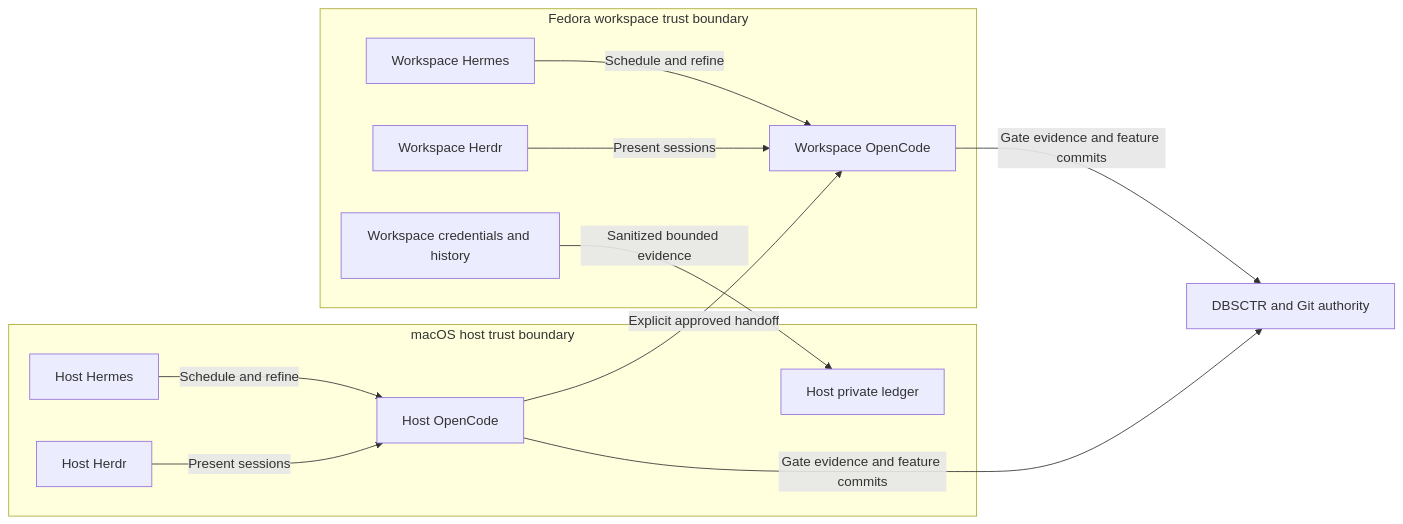
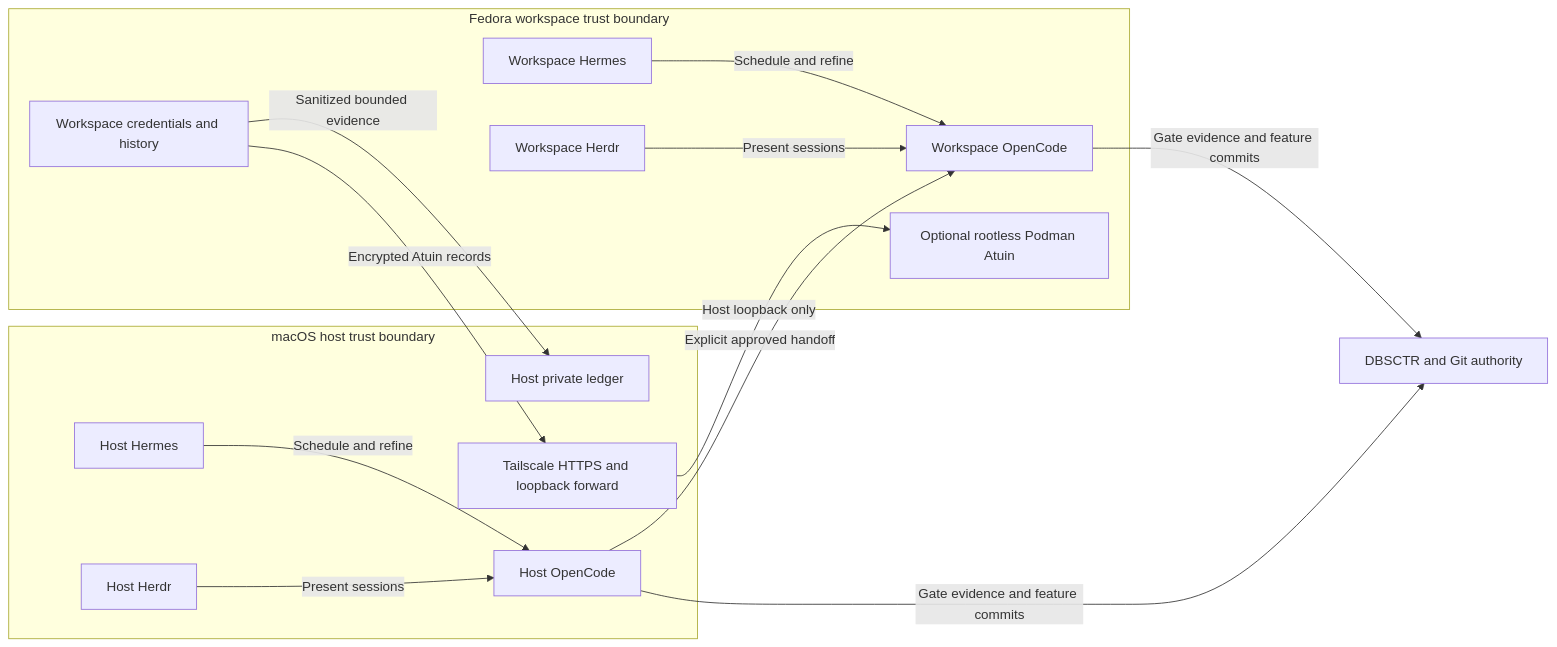
The first of 2 diagrams in docs/specs/dotfiles_ai_distribution/README.md (Saltiola7/dotfiles-ai), drawn with Mermaid before and after one commit. The commit also changed other lines of this file and 18 other files, not shown here.

Commit message:
feat(sandbox): host Atuin with rootless Podman

````diff
--- a/docs/specs/dotfiles_ai_distribution/README.md
+++ b/docs/specs/dotfiles_ai_distribution/README.md
@@ -201,25 +210,29 @@
 ```mermaid
 flowchart LR
     accTitle: dotfiles-ai host and workspace trust boundaries
-    accDescr: The host and each Fedora workspace keep separate Hermes, OpenCode, Herdr, credentials, and local history. Sanitized review evidence and approved implementation handoffs may cross boundaries, while DBSCTR and Git retain lifecycle and integration authority.
+    accDescr: The host and each Fedora workspace keep separate Hermes, OpenCode, Herdr, credentials, and local history. One selected personal workspace may host rootless Atuin behind host loopback. Sanitized review evidence and approved implementation handoffs may cross boundaries, while DBSCTR and Git retain lifecycle and integration authority.
     subgraph H[macOS host trust boundary]
         HH[Host Hermes]
         HO[Host OpenCode]
         HR[Host Herdr]
         HL[Host private ledger]
+        TS[Tailscale HTTPS and loopback forward]
     end
     subgraph V[Fedora workspace trust boundary]
         VH[Workspace Hermes]
         VO[Workspace OpenCode]
         VR[Workspace Herdr]
         VC[Workspace credentials and history]
+        AS[Optional rootless Podman Atuin]
     end
     HH -->|Schedule and refine| HO
     HR -->|Present sessions| HO
     VH -->|Schedule and refine| VO
     VR -->|Present sessions| VO
     VC -->|Sanitized bounded evidence| HL
+    VC -->|Encrypted Atuin records| TS
+    TS -->|Host loopback only| AS
     HO -->|Explicit approved handoff| VO
     HO -->|Gate evidence and feature commits| G[DBSCTR and Git authority]
     VO -->|Gate evidence and feature commits| G
 ```
````
